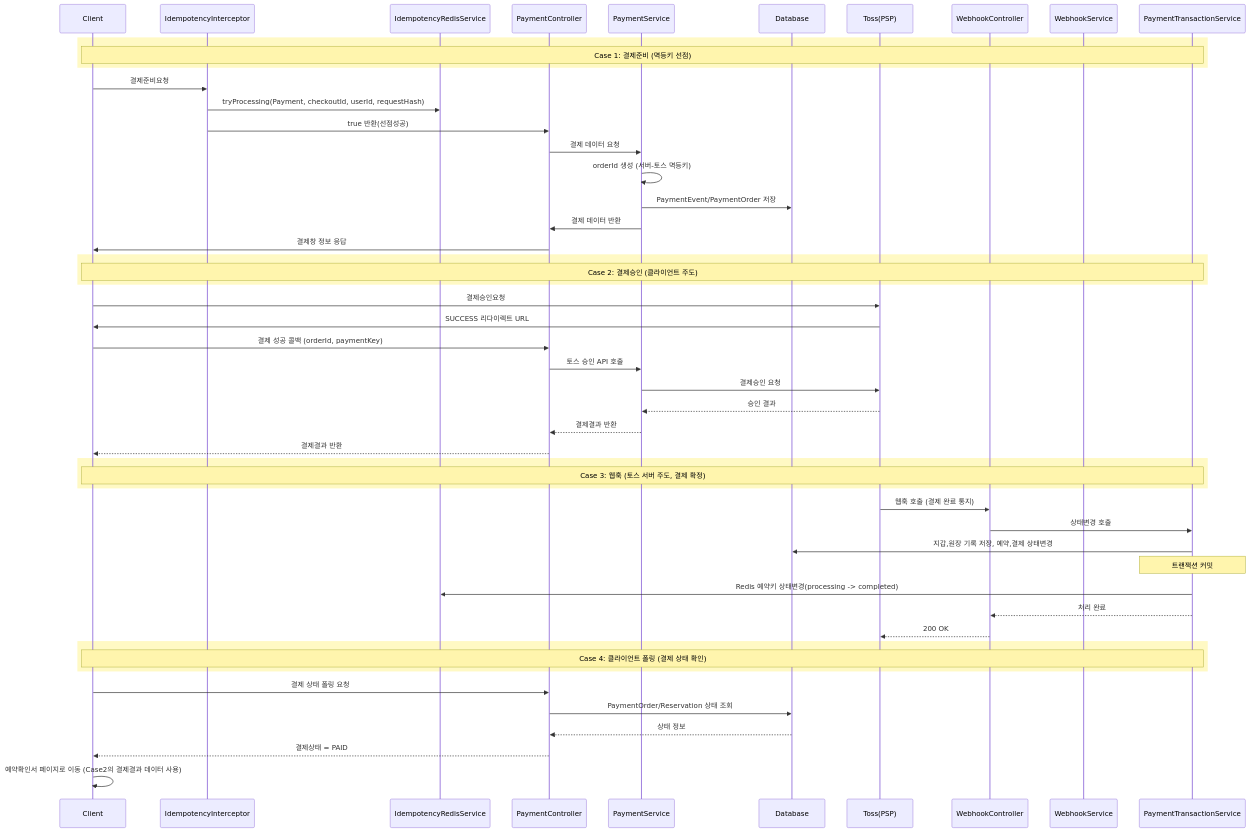
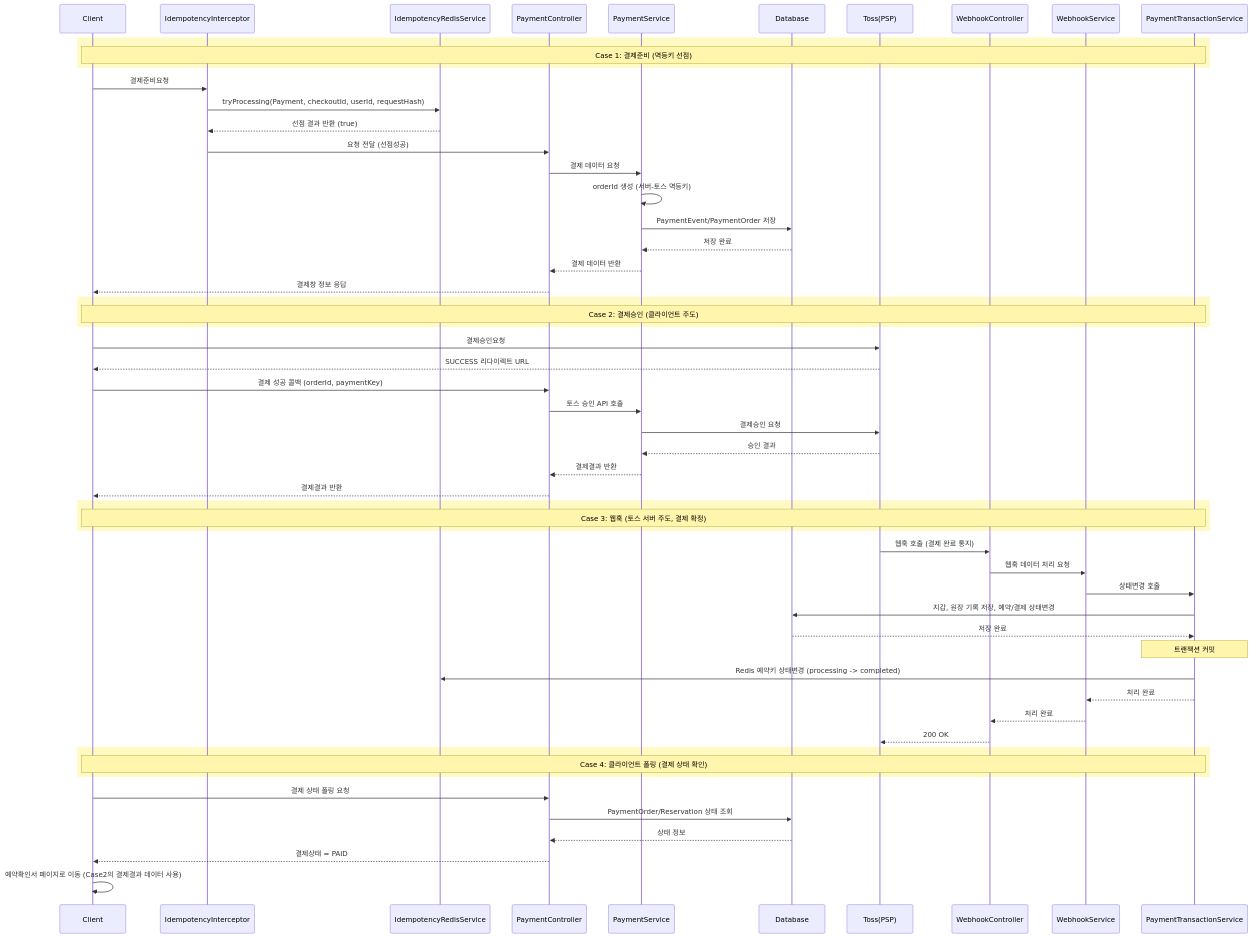
One commit to eunhye-ahn/hotel-reservation changed the first of 2 diagrams in docs/PAYMENT_FLOW.md. Above: the diagram before and after it, drawn with Mermaid.

````diff
--- a/docs/PAYMENT_FLOW.md
+++ b/docs/PAYMENT_FLOW.md
@@ -2,60 +2,62 @@
 ```mermaid
 sequenceDiagram
-		participant Client as Client
-		participant IT as IdempotencyInterceptor
-		participant IS as IdempotencyRedisService
-		participant PC as PaymentController
+    participant Client as Client
+    participant IT as IdempotencyInterceptor
+    participant IS as IdempotencyRedisService
+    participant PC as PaymentController
     participant PS as PaymentService
     participant DB as Database
     participant Toss as Toss(PSP)
     participant WC as WebhookController
     participant WS as WebhookService
     participant PT as PaymentTransactionService
 
-
-	 rect rgb(255, 249, 196)
-    Note over Client, PT : Case 1: 결제준비 (멱등키 선점)
+    rect rgb(255, 249, 196)
+        Note over Client, PT: Case 1: 결제준비 (멱등키 선점)
     end
     Client->>IT: 결제준비요청
     IT->>IS: tryProcessing(Payment, checkoutId, userId, requestHash)
-    IT->>PC: true 반환(선점성공)
+    IS-->>IT: 선점 결과 반환 (true)
+    IT->>PC: 요청 전달 (선점성공)
     PC->>PS: 결제 데이터 요청
     PS->>PS: orderId 생성 (서버-토스 멱등키)
     PS->>DB: PaymentEvent/PaymentOrder 저장
-    PS->>PC: 결제 데이터 반환
-    PC->>Client: 결제창 정보 응답
-    
-    
+    DB-->>PS: 저장 완료
+    PS-->>PC: 결제 데이터 반환
+    PC-->>Client: 결제창 정보 응답
+
     rect rgb(255, 249, 196)
-    Note over Client, PT : Case 2: 결제승인 (클라이언트 주도)
+        Note over Client, PT: Case 2: 결제승인 (클라이언트 주도)
     end
     Client->>Toss: 결제승인요청
-    Toss->>Client: SUCCESS 리다이렉트 URL
+    Toss-->>Client: SUCCESS 리다이렉트 URL
     Client->>PC: 결제 성공 콜백 (orderId, paymentKey)
     PC->>PS: 토스 승인 API 호출
-		PS->>Toss: 결제승인 요청
-		Toss-->>PS: 승인 결과
-		PS-->>PC: 결제결과 반환
-		PC-->>Client: 결제결과 반환
-    
+    PS->>Toss: 결제승인 요청
+    Toss-->>PS: 승인 결과
+    PS-->>PC: 결제결과 반환
+    PC-->>Client: 결제결과 반환
+
     rect rgb(255, 249, 196)
-    Note over Client, PT : Case 3: 웹훅 (토스 서버 주도, 결제 확정)
+        Note over Client, PT: Case 3: 웹훅 (토스 서버 주도, 결제 확정)
     end
-	  Toss->>WC: 웹훅 호출 (결제 완료 통지)
-	  WC->>PT: 상태변경 호출
-	  PT->>DB: 지갑,원장 기록 저장, 예약,결제 상태변경
-	  note over PT: 트랜잭션 커밋
-	  PT->>IS: Redis 예약키 상태변경(processing -> completed)
-	  PT-->>WC: 처리 완료
-	  WC-->>Toss: 200 OK
-	  
-	  
-	 rect rgb(255, 249, 196)
-    Note over Client, PT : Case 4: 클라이언트 폴링 (결제 상태 확인)
+    Toss->>WC: 웹훅 호출 (결제 완료 통지)
+    WC->>WS: 웹훅 데이터 처리 요청
+    WS->>PT: 상태변경 호출
+    PT->>DB: 지갑, 원장 기록 저장, 예약/결제 상태변경
+    DB-->>PT: 저장 완료
+    Note over PT: 트랜잭션 커밋
+    PT->>IS: Redis 예약키 상태변경 (processing -> completed)
+    PT-->>WS: 처리 완료
+    WS-->>WC: 처리 완료
+    WC-->>Toss: 200 OK
+
+    rect rgb(255, 249, 196)
+        Note over Client, PT: Case 4: 클라이언트 폴링 (결제 상태 확인)
     end
     Client->>PC: 결제 상태 폴링 요청
     PC->>DB: PaymentOrder/Reservation 상태 조회
     DB-->>PC: 상태 정보
     PC-->>Client: 결제상태 = PAID
     Client->>Client: 예약확인서 페이지로 이동 (Case2의 결제결과 데이터 사용)
 ```
````
